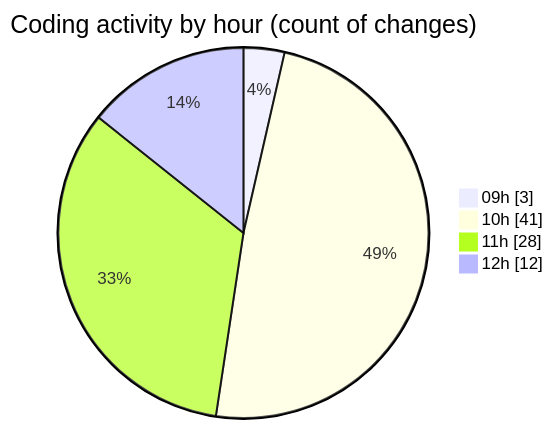
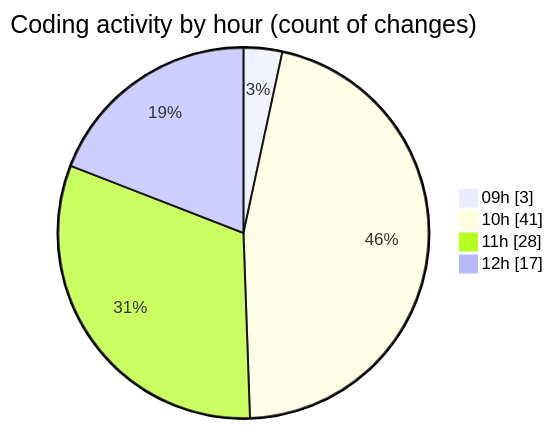
The second of 2 diagrams in 2025-05-19/ecodeli-1/README.md (CELIANVF/code-tracking), drawn with Mermaid before and after one commit. The commit also changed other lines of this file and 1 other file, not shown here.

````diff
--- a/2025-05-19/ecodeli-1/README.md
+++ b/2025-05-19/ecodeli-1/README.md
@@ -54,8 +57,8 @@
 ```mermaid
 pie showData
 title Coding activity by hour (count of changes)
 "09h" : 3
 "10h" : 41
 "11h" : 28
-"12h" : 12
+"12h" : 17
 ```
````
